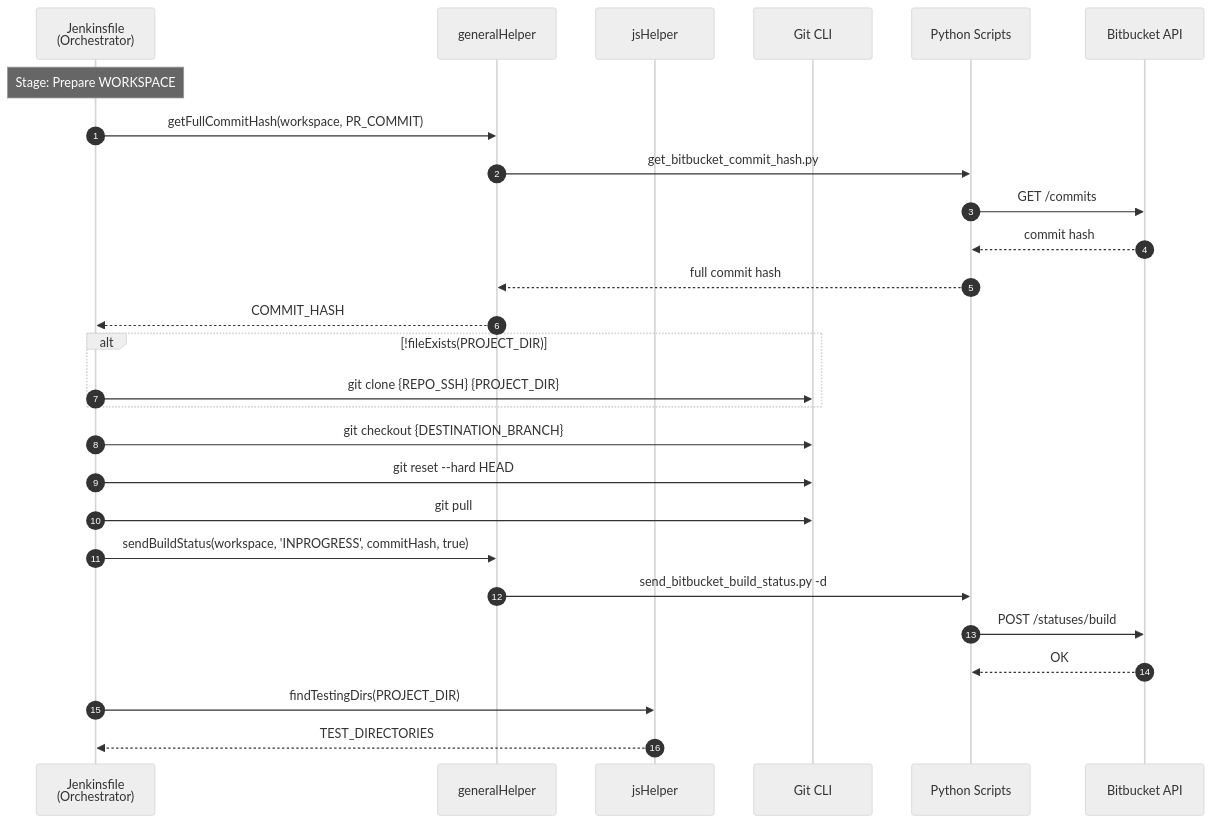
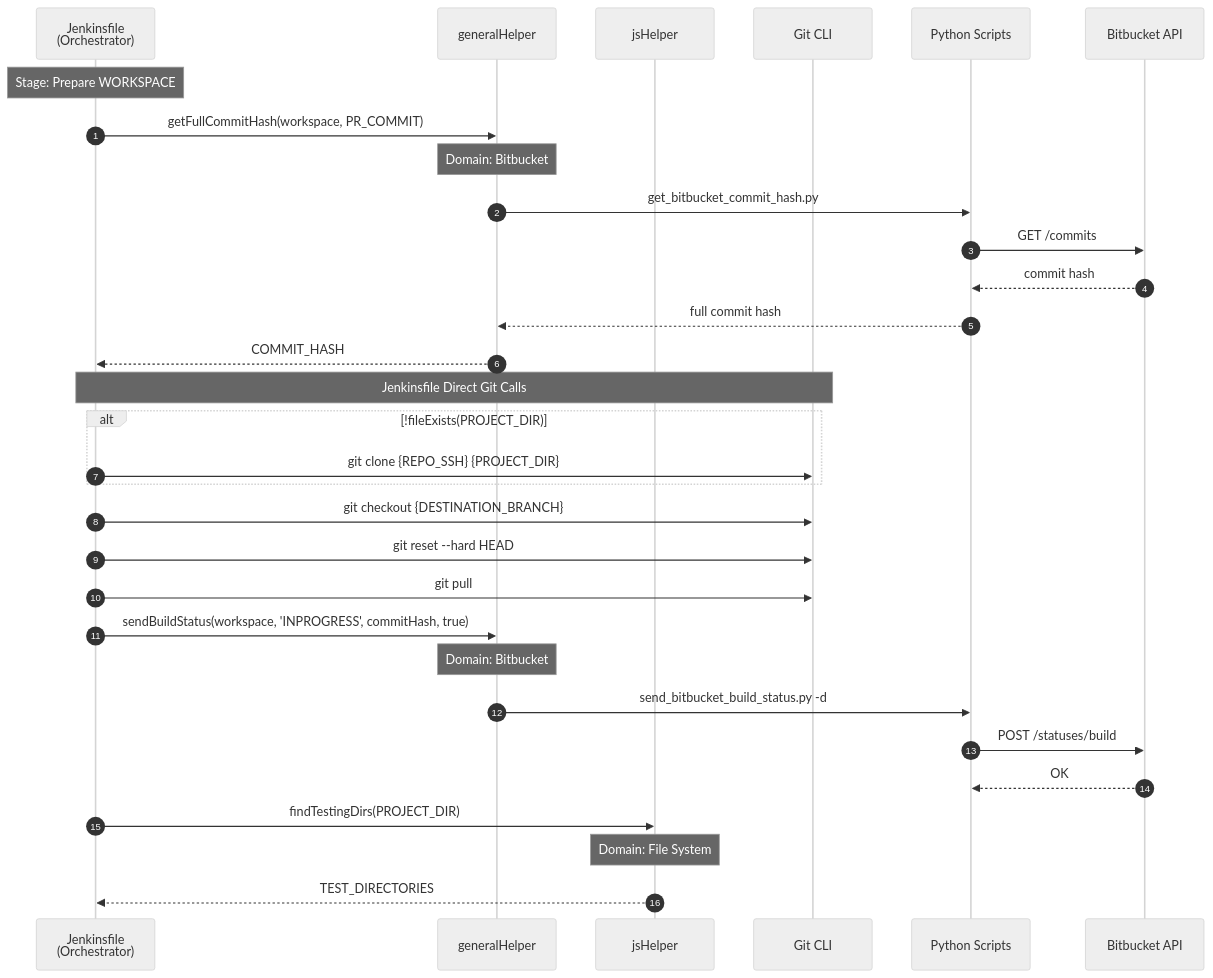
One commit to JindoKimKor/Self-Binnacle changed the third of 11 diagrams in Voyages/Projects/VARLab-work-transfer/portfolios/devops-jenkins-linux/4-layer-architecture-and-logger-system-integration/problem-analysis/pipeline-sequence-diagrams/js-cd.md. Above: the diagram before and after it, drawn with Mermaid (neutral theme). The commit also changed other lines of this file and 55 other files, not shown here.

First line of the commit message:
refactor(4-layer-architecture): Standardize analysis document naming and format

````diff
--- a/Voyages/Projects/VARLab-work-transfer/portfolios/devops-jenkins-linux/4-layer-architecture-and-logger-system-integration/problem-analysis/pipeline-sequence-diagrams/js-cd.md
+++ b/Voyages/Projects/VARLab-work-transfer/portfolios/devops-jenkins-linux/4-layer-architecture-and-logger-system-integration/problem-analysis/pipeline-sequence-diagrams/js-cd.md
@@ -121,36 +125,40 @@
 ```mermaid
 sequenceDiagram
     autonumber
 
     participant JF as Jenkinsfile<br/>(Orchestrator)
     participant GH as generalHelper
     participant JSH as jsHelper
     participant Git as Git CLI
     participant Python as Python Scripts
     participant BB as Bitbucket API
 
     Note over JF: Stage: Prepare WORKSPACE
 
     JF->>GH: getFullCommitHash(workspace, PR_COMMIT)
+    Note over GH: Domain: Bitbucket
     GH->>Python: get_bitbucket_commit_hash.py
     Python->>BB: GET /commits
     BB-->>Python: commit hash
     Python-->>GH: full commit hash
     GH-->>JF: COMMIT_HASH
 
+    Note over JF,Git: Jenkinsfile Direct Git Calls
     alt !fileExists(PROJECT_DIR)
         JF->>Git: git clone {REPO_SSH} {PROJECT_DIR}
     end
 
     JF->>Git: git checkout {DESTINATION_BRANCH}
     JF->>Git: git reset --hard HEAD
     JF->>Git: git pull
 
     JF->>GH: sendBuildStatus(workspace, 'INPROGRESS', commitHash, true)
+    Note over GH: Domain: Bitbucket
     GH->>Python: send_bitbucket_build_status.py -d
     Python->>BB: POST /statuses/build
     BB-->>Python: OK
 
     JF->>JSH: findTestingDirs(PROJECT_DIR)
+    Note over JSH: Domain: File System
     JSH-->>JF: TEST_DIRECTORIES
 ```
````
